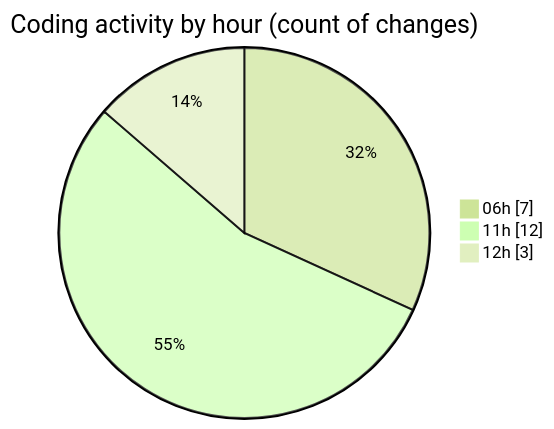
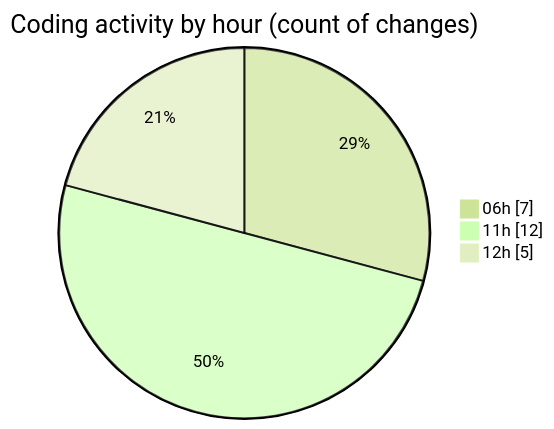
Before and after one commit to EIIisD/code-tracking: the second of 2 diagrams in 2025-07-14/ribbon/README.md, drawn with Mermaid (forest theme). The commit also changed other lines of this file and 1 other file, not shown here.

````diff
--- a/2025-07-14/ribbon/README.md
+++ b/2025-07-14/ribbon/README.md
@@ -40,7 +40,7 @@
 ```mermaid
 pie showData
 title Coding activity by hour (count of changes)
 "06h" : 7
 "11h" : 12
-"12h" : 3
+"12h" : 5
 ```
````
